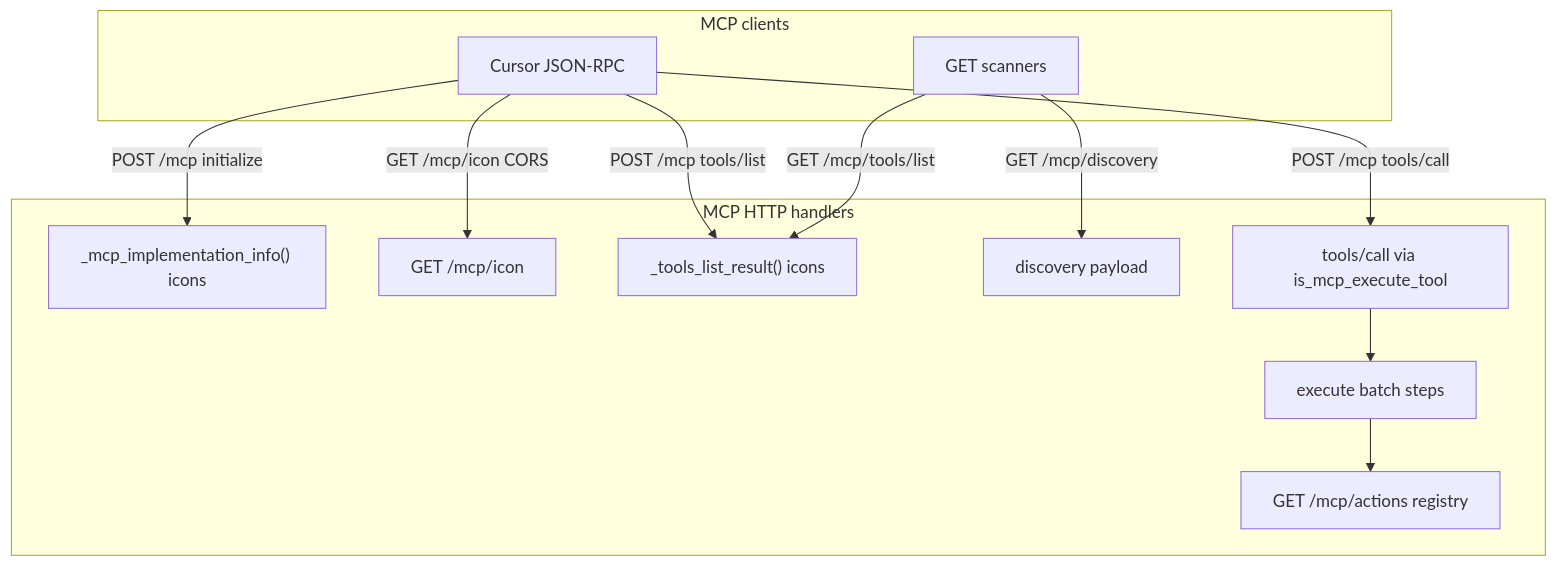
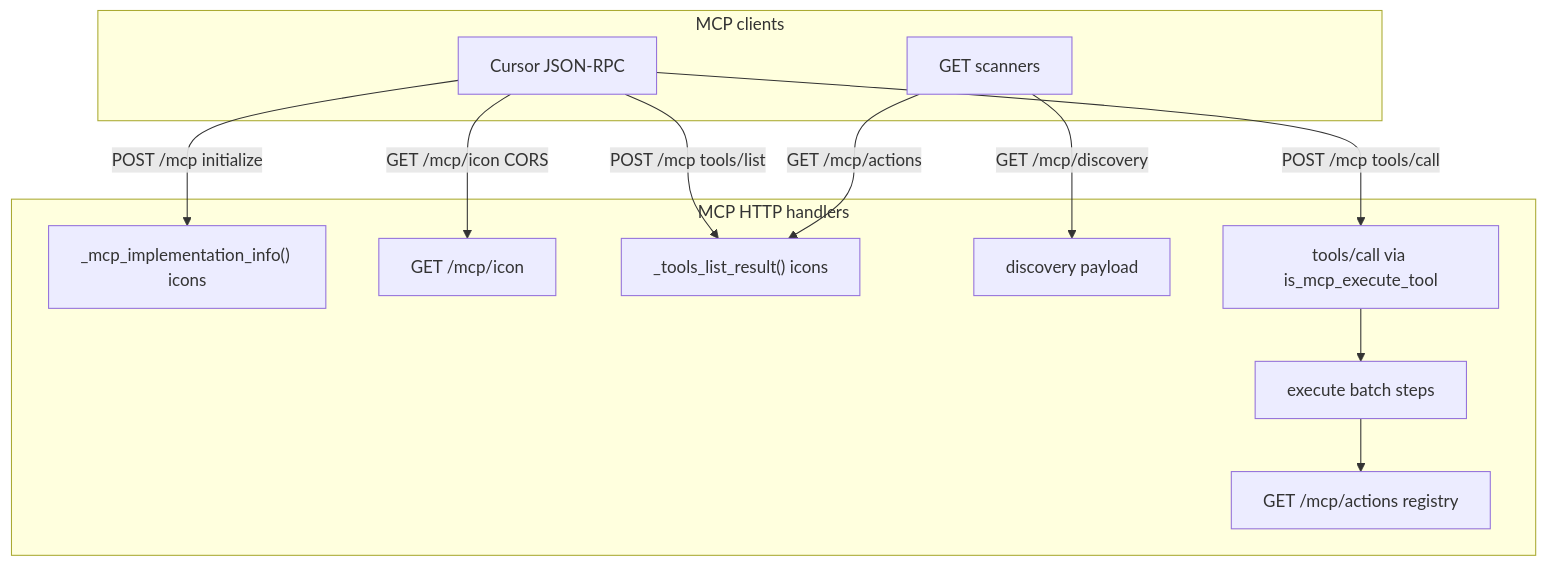
Before and after one commit to agentstacktech/AgentStack: the second of 2 diagrams in docs/plugins/MCP_DEDUPE_FLOW.md, drawn with Mermaid. The commit also changed other lines of this file and 2 other files, not shown here.

First line of the commit message:
docs(mcp): document ChatGPT double-prefix execute tool alias

````diff
--- a/docs/plugins/MCP_DEDUPE_FLOW.md
+++ b/docs/plugins/MCP_DEDUPE_FLOW.md
@@ -50,26 +50,26 @@
 ```mermaid
 flowchart TB
   subgraph clients [MCP clients]
     Cursor[Cursor JSON-RPC]
     Scanner[GET scanners]
   end
 
   subgraph routes [MCP HTTP handlers]
     INFO["_mcp_implementation_info() icons"]
     ICON["GET /mcp/icon"]
     TL["_tools_list_result() icons"]
     DISC[discovery payload]
     TC[tools/call via is_mcp_execute_tool]
     EX[execute batch steps]
     ACT[GET /mcp/actions registry]
   end
 
   Cursor -->|POST /mcp initialize| INFO
   Cursor -->|POST /mcp tools/list| TL
-  Scanner -->|GET /mcp/tools/list| TL
+  Scanner -->|GET /mcp/actions| TL
   Cursor -->|GET /mcp/icon CORS| ICON
   Scanner -->|GET /mcp/discovery| DISC
   Cursor -->|POST /mcp tools/call| TC
   TC --> EX
   EX --> ACT
 ```
````
